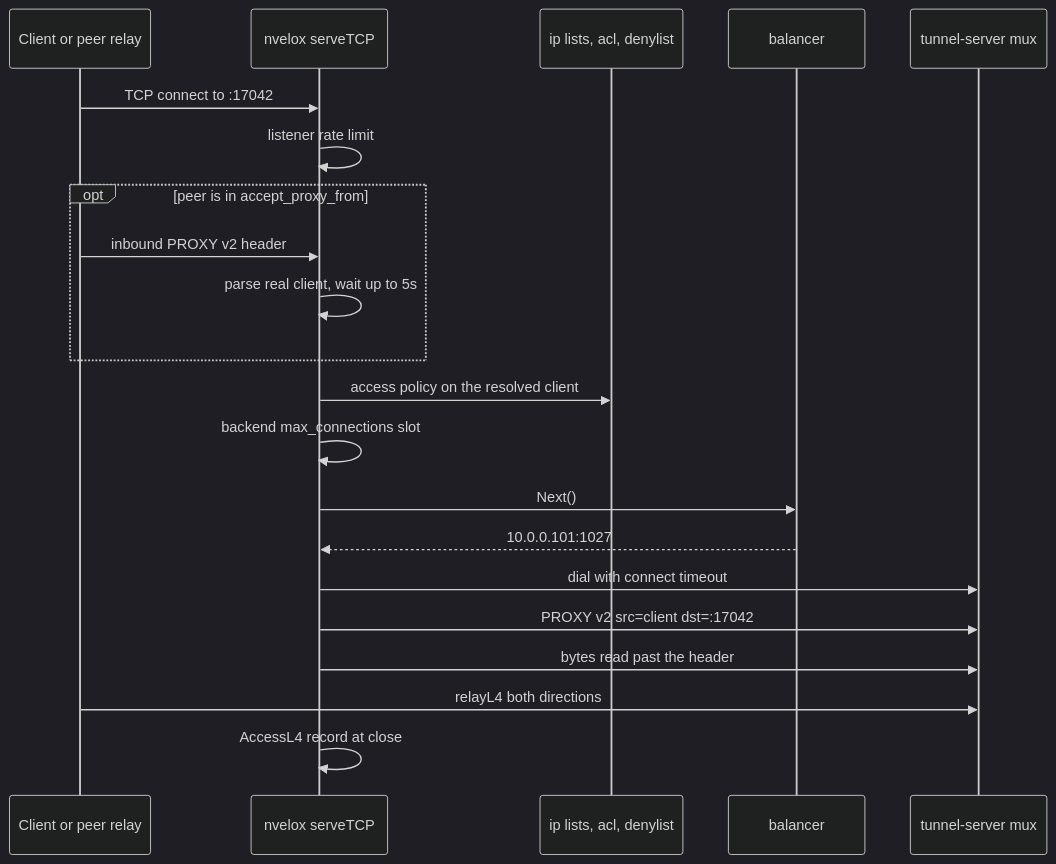
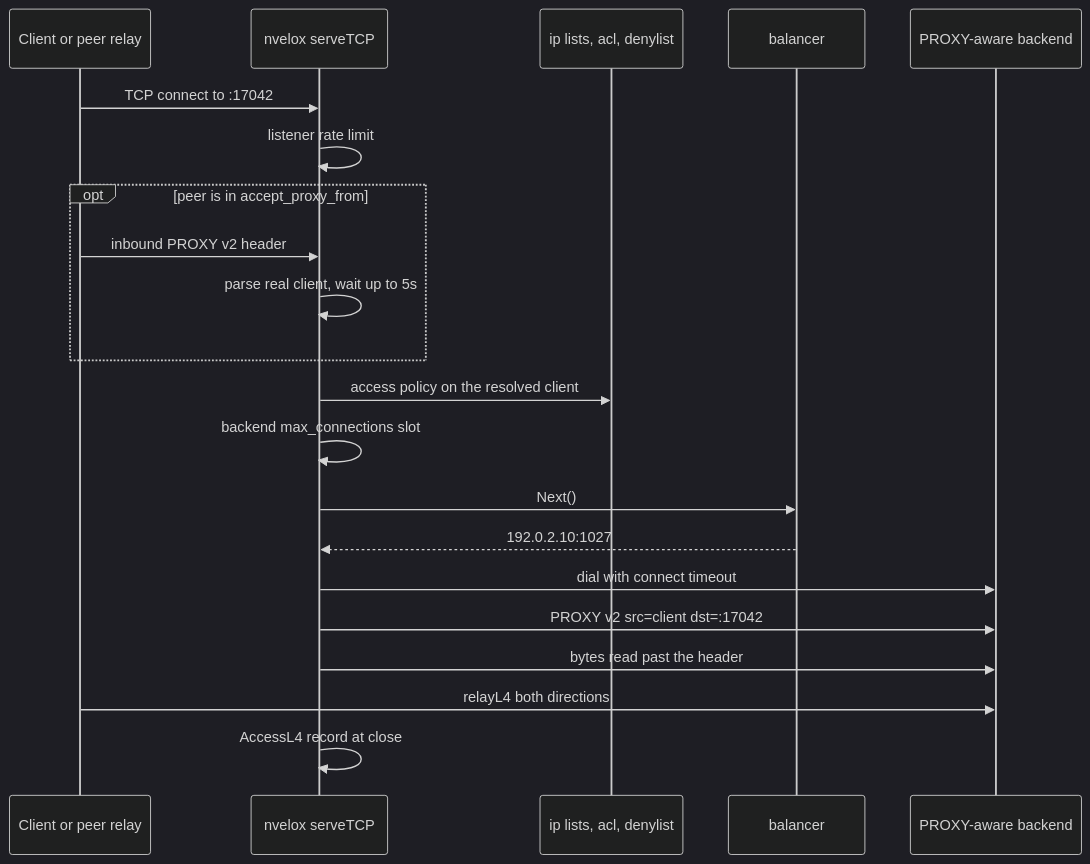
Before and after one commit to nvelox/nvelox: the third of 6 diagrams in docs/ARCHITECTURE.md, drawn with Mermaid (dark theme). The commit also changed other lines of this file and 20 other files, not shown here.

````diff
--- a/docs/ARCHITECTURE.md
+++ b/docs/ARCHITECTURE.md
@@ -149,23 +124,23 @@
 ```mermaid
 sequenceDiagram
   participant C as Client or peer relay
   participant L as nvelox serveTCP
   participant D as ip lists, acl, denylist
   participant B as balancer
-  participant T as tunnel-server mux
+  participant T as PROXY-aware backend
   C->>L: TCP connect to :17042
   L->>L: listener rate limit
   opt peer is in accept_proxy_from
     C->>L: inbound PROXY v2 header
     L->>L: parse real client, wait up to 5s
   end
   L->>D: access policy on the resolved client
   L->>L: backend max_connections slot
   L->>B: Next()
-  B-->>L: 10.0.0.101:1027
+  B-->>L: 192.0.2.10:1027
   L->>T: dial with connect timeout
   L->>T: PROXY v2 src=client dst=:17042
   L->>T: bytes read past the header
   C->>T: relayL4 both directions
   L->>L: AccessL4 record at close
 ```
````
